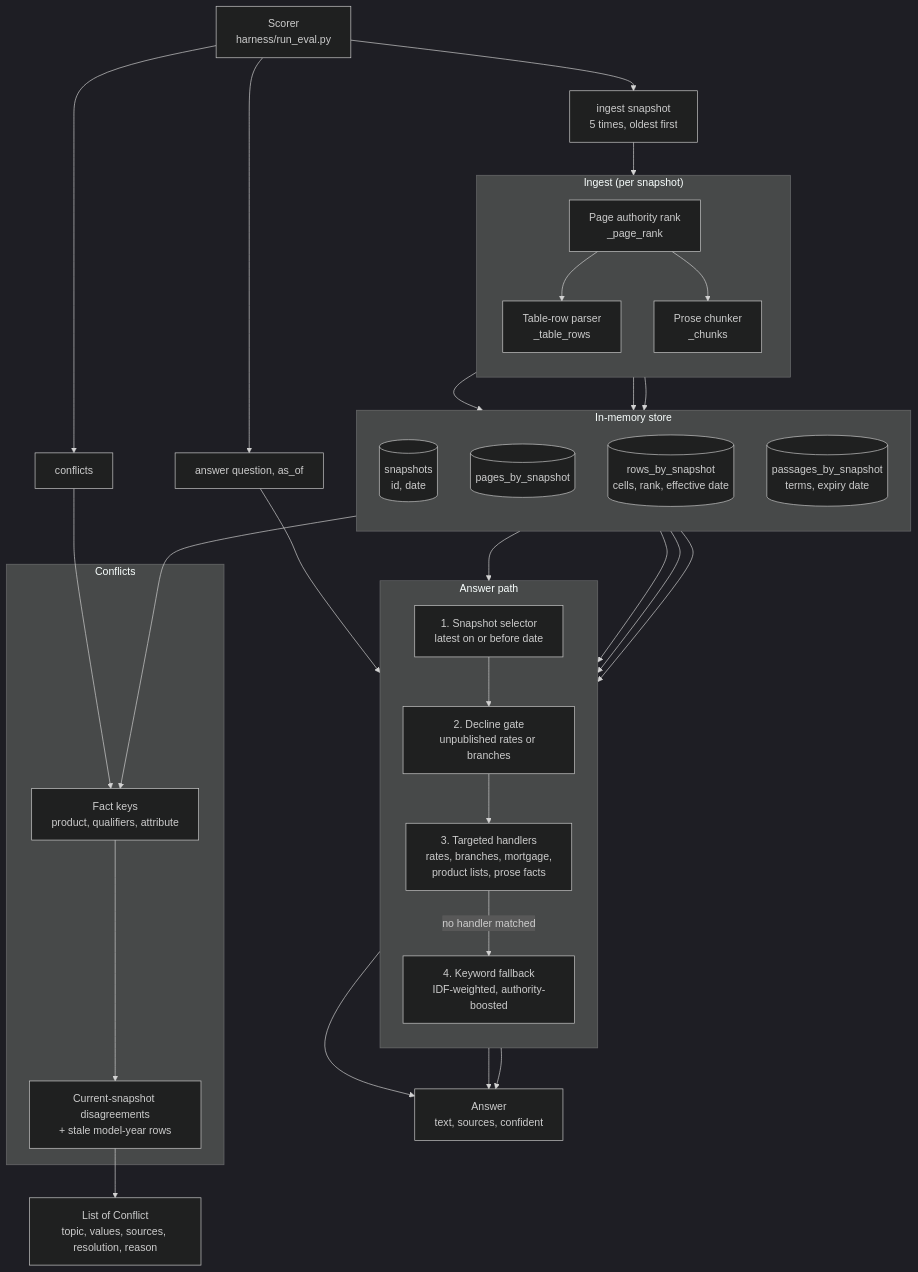
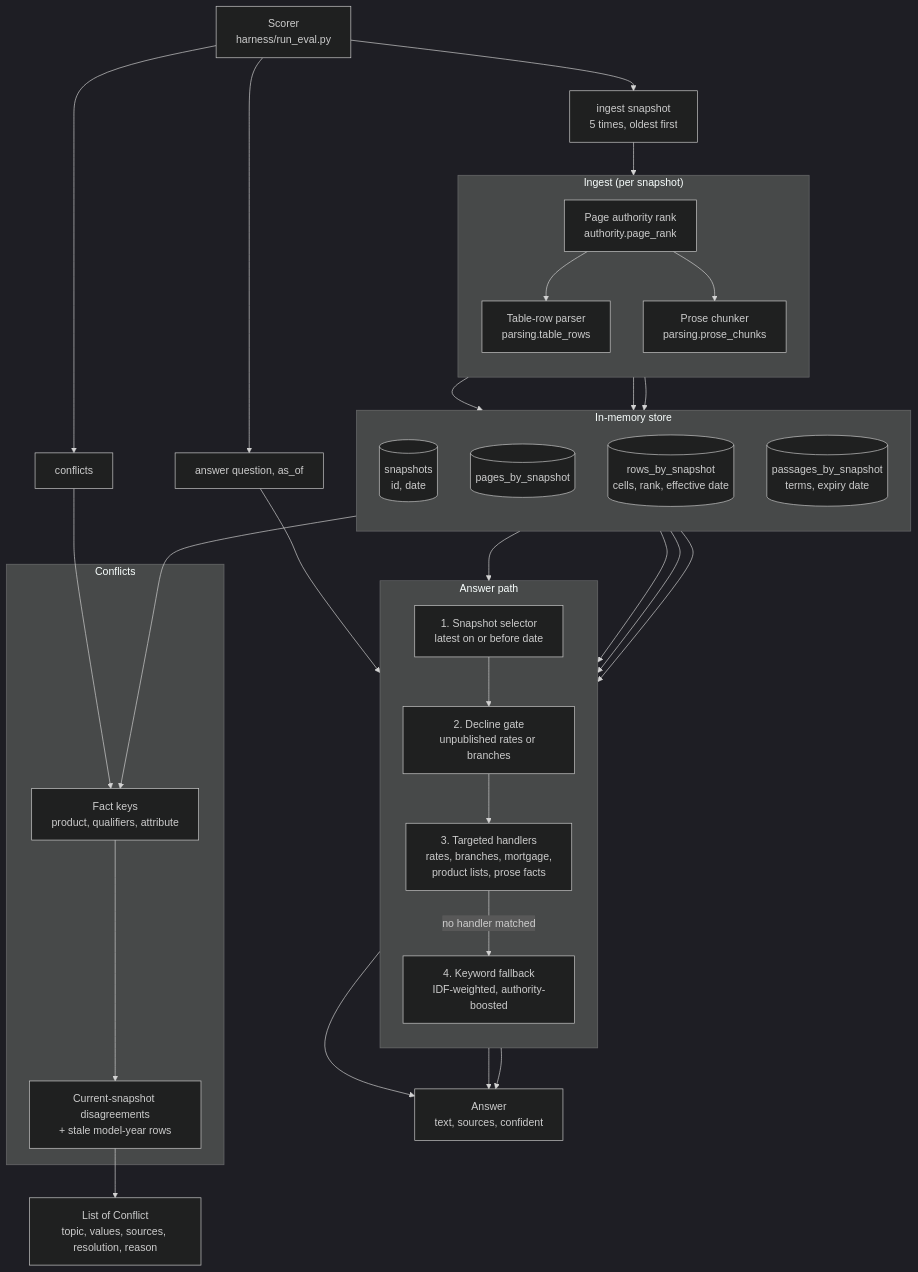
The first of 3 diagrams in docs/ARCHITECTURE.md (prabirit/knowledge-system-credit), drawn with Mermaid (dark theme) before and after one commit. The commit also changed other lines of this file and 18 other files, not shown here.

````diff
--- a/docs/ARCHITECTURE.md
+++ b/docs/ARCHITECTURE.md
@@ -71,60 +96,60 @@
 ```mermaid
 flowchart TB
     H["Scorer<br/>harness/run_eval.py"]
     C1["ingest snapshot<br/>5 times, oldest first"]
     C2["answer question, as_of"]
     C3["conflicts"]
     H --> C1
     H --> C2
     H --> C3
 
     subgraph ING["Ingest (per snapshot)"]
         direction TB
-        PR["Page authority rank<br/>_page_rank"]
-        TR["Table-row parser<br/>_table_rows"]
-        CH["Prose chunker<br/>_chunks"]
+        PR["Page authority rank<br/>authority.page_rank"]
+        TR["Table-row parser<br/>parsing.table_rows"]
+        CH["Prose chunker<br/>parsing.prose_chunks"]
         PR --> TR
         PR --> CH
     end
 
     subgraph STORE["In-memory store"]
         direction TB
         S1[("snapshots<br/>id, date")]
         S2[("pages_by_snapshot")]
         S3[("rows_by_snapshot<br/>cells, rank, effective date")]
         S4[("passages_by_snapshot<br/>terms, expiry date")]
     end
 
     subgraph ANS["Answer path"]
         direction TB
         SEL["1. Snapshot selector<br/>latest on or before date"]
         DEC["2. Decline gate<br/>unpublished rates or branches"]
         RH["3. Targeted handlers<br/>rates, branches, mortgage,<br/>product lists, prose facts"]
         FB["4. Keyword fallback<br/>IDF-weighted, authority-boosted"]
         SEL --> DEC --> RH
         RH -->|no handler matched| FB
     end
 
     subgraph CON["Conflicts"]
         FK["Fact keys<br/>product, qualifiers, attribute"]
         CD["Current-snapshot disagreements<br/>+ stale model-year rows"]
         FK --> CD
     end
 
     C1 --> PR
     TR --> S3
     CH --> S4
     PR --> S2
     C2 --> SEL
     S1 --> SEL
     S2 --> RH
     S3 --> RH
     S4 --> FB
     C3 --> FK
     S3 --> FK
 
     RH --> OUT1["Answer<br/>text, sources, confident"]
     FB --> OUT1
     DEC --> OUT1
     CD --> OUT2["List of Conflict<br/>topic, values, sources, resolution, reason"]
 ```
````
